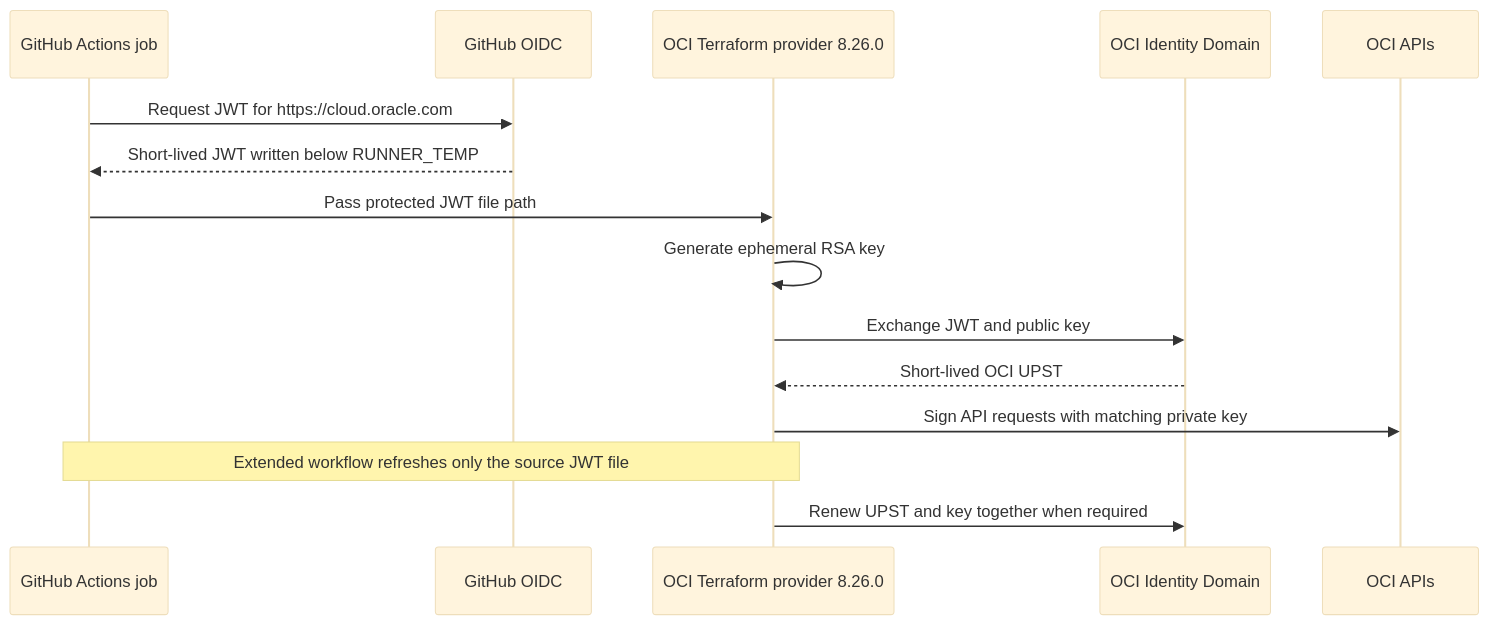
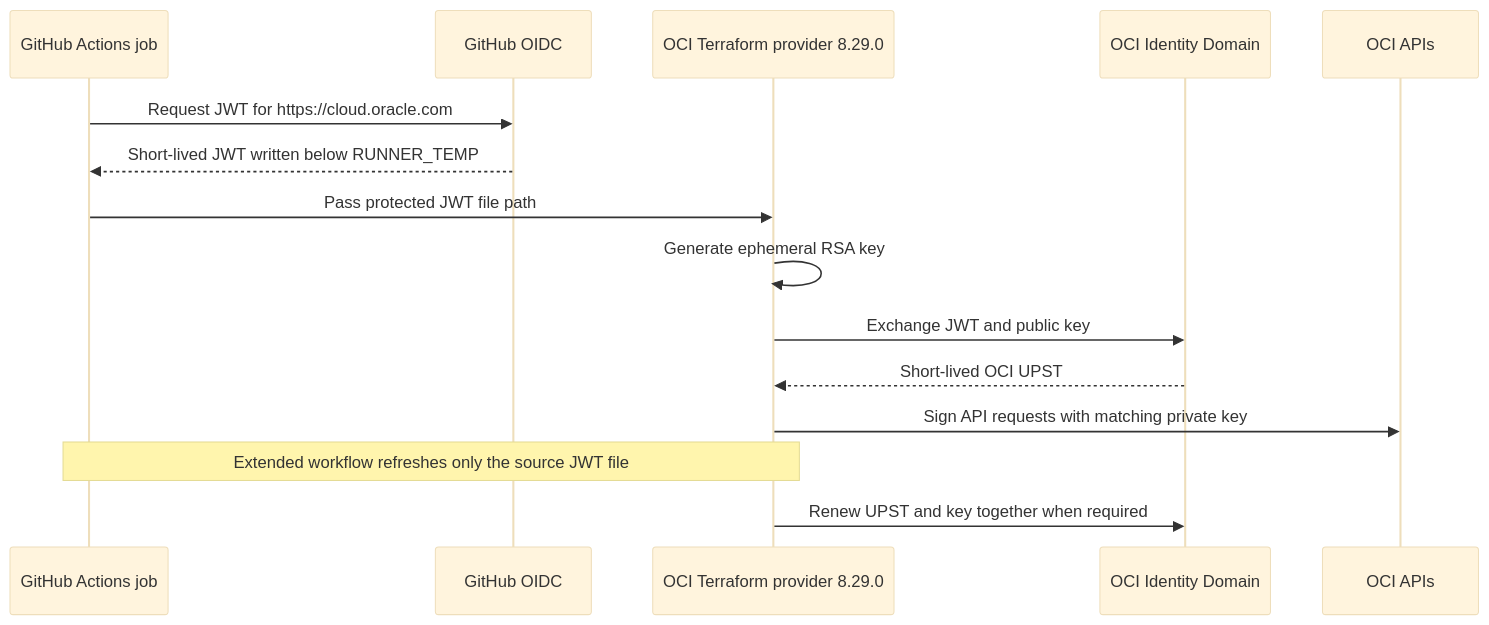
The diagram in README.md (dgutierrezcolodra/oci-terraform-github-actions-wif-example), drawn with Mermaid (base theme) before and after one commit. The commit also changed other lines of this file and 17 other files, not shown here.

````diff
--- a/README.md
+++ b/README.md
@@ -17,18 +17,18 @@
 ```mermaid
 sequenceDiagram
     participant Job as GitHub Actions job
     participant GitHub as GitHub OIDC
-    participant Provider as OCI Terraform provider 8.26.0
+    participant Provider as OCI Terraform provider 8.29.0
     participant Domain as OCI Identity Domain
     participant OCI as OCI APIs
 
     Job->>GitHub: Request JWT for https://cloud.oracle.com
     GitHub-->>Job: Short-lived JWT written below RUNNER_TEMP
     Job->>Provider: Pass protected JWT file path
     Provider->>Provider: Generate ephemeral RSA key
     Provider->>Domain: Exchange JWT and public key
     Domain-->>Provider: Short-lived OCI UPST
     Provider->>OCI: Sign API requests with matching private key
     Note over Job,Provider: Extended workflow refreshes only the source JWT file
     Provider->>Domain: Renew UPST and key together when required
 ```
````
